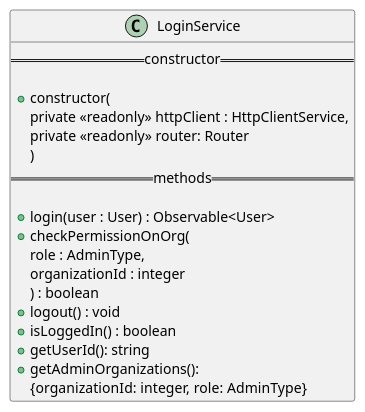
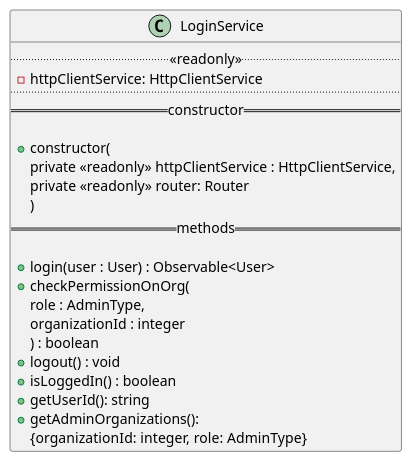
Before and after one commit to GruppOne/stalker-web-app: the diagram in docs/diagrams/services/loginservice.pu, drawn with PlantUML. The commit also changed 26 other files, not shown here.

Commit message:
docs: fix class diagrams and add design-pattern diagrams

```diff
--- a/docs/diagrams/services/loginservice.pu
+++ b/docs/diagrams/services/loginservice.pu
@@ -1,22 +1,25 @@
 @startuml LoginService
 class LoginService {
+  ..<<readonly>>..
+  - httpClientService: HttpClientService
+  ....
   == constructor ==
 
   + constructor(
-    private <<readonly>> httpClient : HttpClientService,
+    private <<readonly>> httpClientService : HttpClientService,
     private <<readonly>> router: Router
     )
   == methods ==
 
   + login(user : User) : Observable<User>
   + checkPermissionOnOrg(
     role : AdminType,
     organizationId : integer
     ) : boolean
   + logout() : void
   + isLoggedIn() : boolean
   + getUserId(): string
   + getAdminOrganizations():
   {organizationId: integer, role: AdminType}
 }
 @enduml
```
